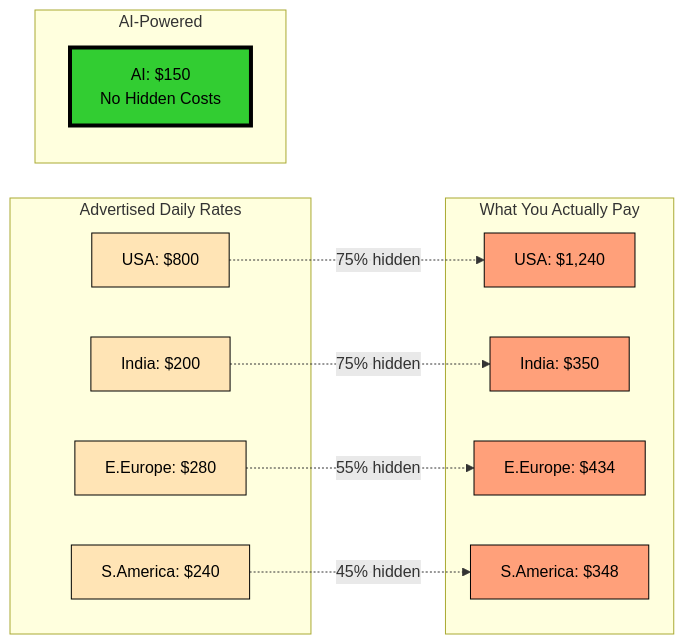
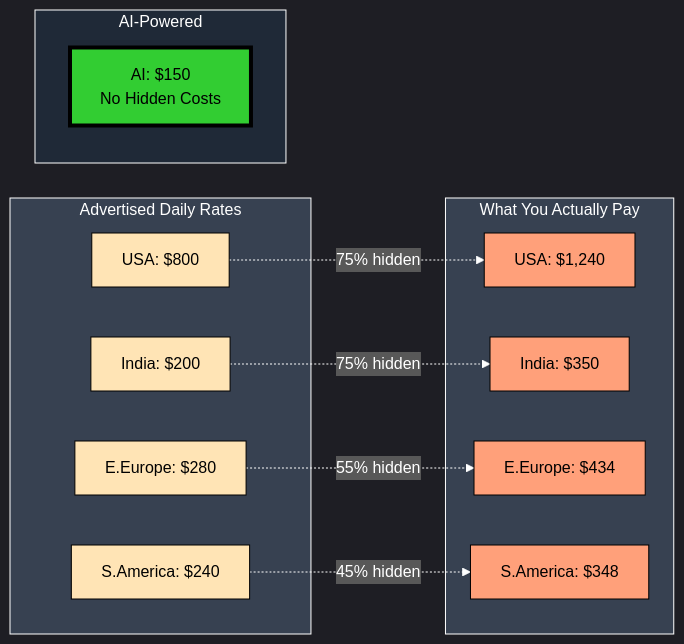
Before and after one commit to ekalachev/SF-hackaton: the first of 7 diagrams in ULTIMATE_AI_DEVELOPMENT_REPORT.md, drawn with Mermaid. The commit also changed other lines of this file, not shown here.

````diff
--- a/ULTIMATE_AI_DEVELOPMENT_REPORT.md
+++ b/ULTIMATE_AI_DEVELOPMENT_REPORT.md
@@ -21,35 +82,39 @@
 ```mermaid
+%%{init: {'theme':'dark', 'themeVariables': {'primaryTextColor':'#fff', 'primaryColor':'#1f2937', 'primaryBorderColor':'#fff', 'lineColor':'#fff', 'secondaryColor':'#374151', 'tertiaryColor':'#4b5563', 'background':'#111827', 'mainBkg':'#1f2937', 'secondBkg':'#374151', 'tertiaryBkg':'#4b5563', 'textColor':'#fff', 'labelTextColor':'#fff', 'nodeTextColor':'#000'}}}%%
 graph LR
-    subgraph "Advertised Daily Rates"
+    subgraph ADR["Advertised Daily Rates"]
         USA1[USA: $800] 
         IND1[India: $200]
         EE1[E.Europe: $280]
         SA1[S.America: $240]
     end
     
-    subgraph "What You Actually Pay"
+    subgraph WYAP["What You Actually Pay"]
         USA2[USA: $1,240]
         IND2[India: $350]
         EE2[E.Europe: $434]
         SA2[S.America: $348]
     end
     
-    subgraph "AI-Powered"
+    subgraph AIP["AI-Powered"]
         AI[AI: $150<br/>No Hidden Costs]
     end
     
     USA1 -.75% hidden.-> USA2
     IND1 -.75% hidden.-> IND2
     EE1 -.55% hidden.-> EE2
     SA1 -.45% hidden.-> SA2
     
     style AI fill:#32CD32,stroke:#000,stroke-width:4px,color:#000
     style USA1 fill:#FFE4B5,stroke:#000,color:#000
     style USA2 fill:#FFA07A,stroke:#000,color:#000
     style IND1 fill:#FFE4B5,stroke:#000,color:#000
     style IND2 fill:#FFA07A,stroke:#000,color:#000
     style EE1 fill:#FFE4B5,stroke:#000,color:#000
     style EE2 fill:#FFA07A,stroke:#000,color:#000
     style SA1 fill:#FFE4B5,stroke:#000,color:#000
     style SA2 fill:#FFA07A,stroke:#000,color:#000
+    style ADR fill:#374151,stroke:#fff,color:#fff
+    style WYAP fill:#374151,stroke:#fff,color:#fff
+    style AIP fill:#1f2937,stroke:#fff,color:#fff
 ```
````
